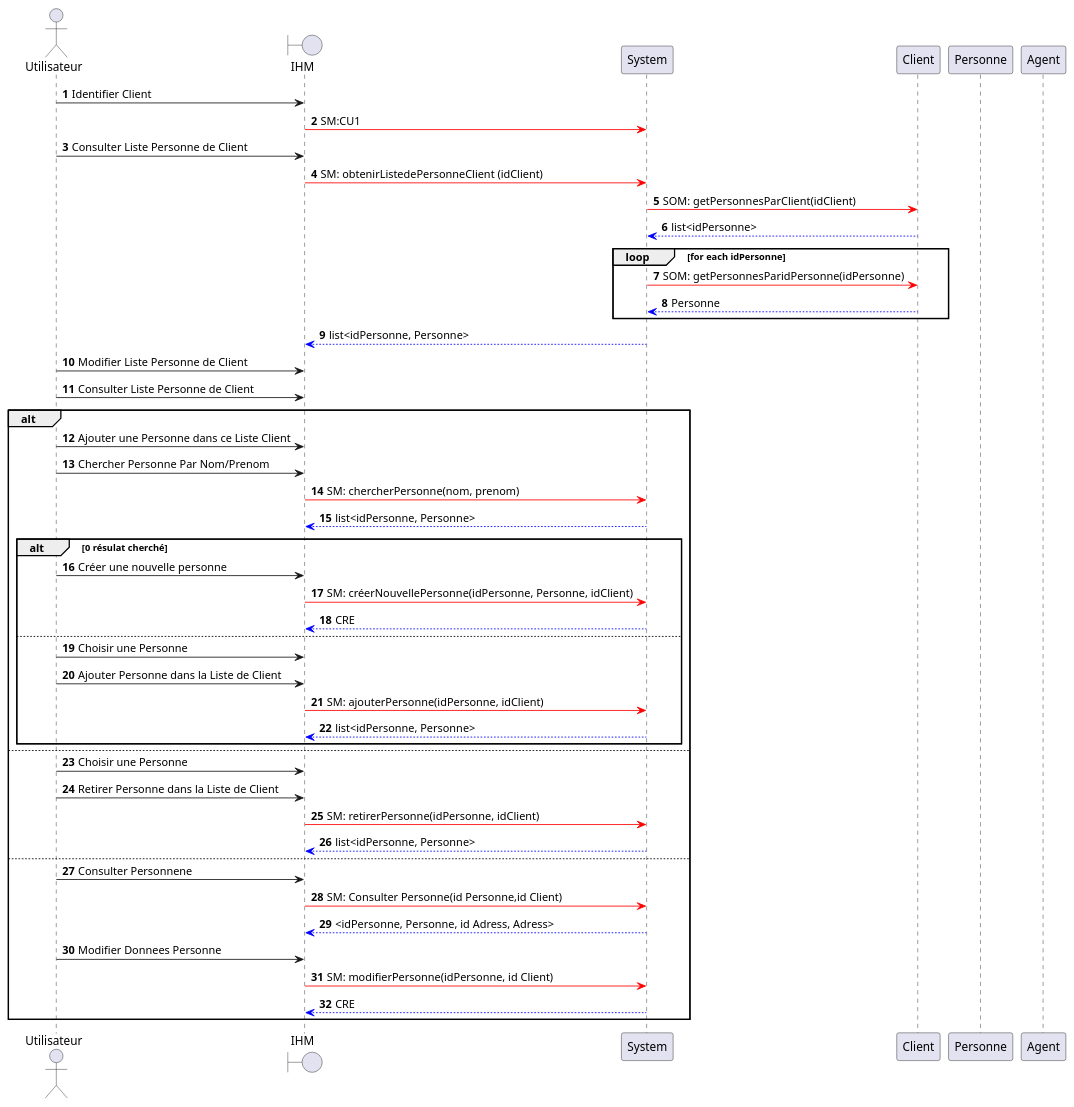
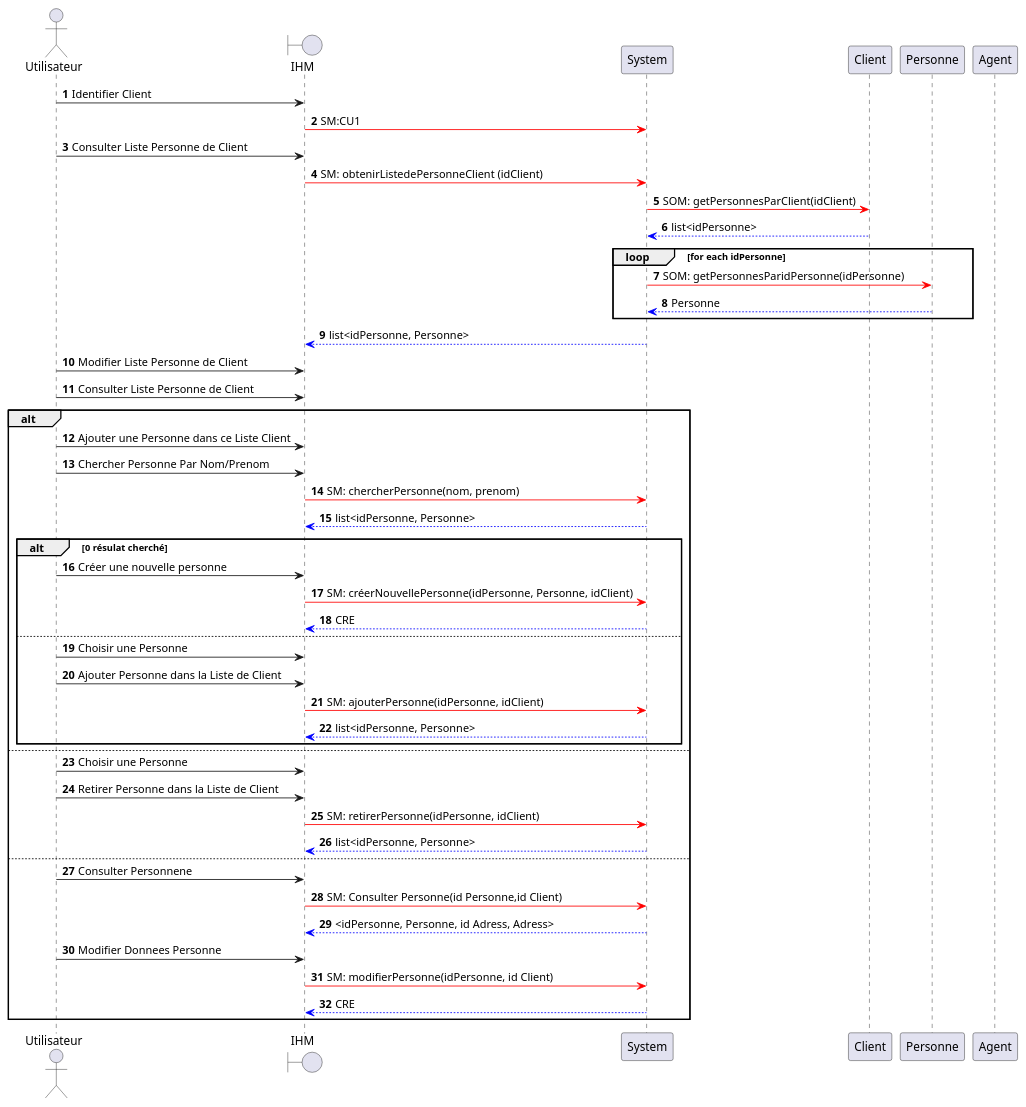
Before and after one commit to HZjiadong/PLD-MARS: the diagram in src/documentation/CU2-DSS.puml, drawn with PlantUML.

Commit message:
doc(CU2-DSS): Exemple DSD

```diff
--- a/src/documentation/CU2-DSS.puml
+++ b/src/documentation/CU2-DSS.puml
@@ -1,65 +1,65 @@
 @startuml
 
 actor Utilisateur as U
 boundary IHM as I
 participant System as S
 participant Client as C
 participant Personne as P
 participant Agent as A
 
 autonumber
 
 U->I: Identifier Client
     I-[#red]>S: SM:CU1
 
 U->I: Consulter Liste Personne de Client
     I-[#red]>S: SM: obtenirListedePersonneClient (idClient)
         S-[#red]>C: SOM: getPersonnesParClient(idClient)
         C-[#0000FF]->S: list<idPersonne>
         loop for each idPersonne
-        S-[#red]>C: SOM: getPersonnesParidPersonne(idPersonne)
-        C-[#0000FF]->S: Personne
+        S-[#red]>P: SOM: getPersonnesParidPersonne(idPersonne)
+        P-[#0000FF]->S: Personne
         end
 
     S-[#0000FF]->I: list<idPersonne, Personne>
 
 
 U->I: Modifier Liste Personne de Client
 U->I: Consulter Liste Personne de Client
 alt
     U->I: Ajouter une Personne dans ce Liste Client
 
     U->I: Chercher Personne Par Nom/Prenom
         I-[#red]>S: SM: chercherPersonne(nom, prenom)
         S-[#0000FF]->I: list<idPersonne, Personne>
     alt  0 résulat cherché
     U->I: Créer une nouvelle personne
             I-[#red]>S: SM: créerNouvellePersonne(idPersonne, Personne, idClient)
             S-[#0000FF]->I: CRE
     else
     U->I: Choisir une Personne
 
     U->I: Ajouter Personne dans la Liste de Client
         I-[#red]>S: SM: ajouterPersonne(idPersonne, idClient)
         S-[#0000FF]->I: list<idPersonne, Personne>
     end
 else
     U->I: Choisir une Personne
     U->I: Retirer Personne dans la Liste de Client
         I-[#red]>S: SM: retirerPersonne(idPersonne, idClient)
         S-[#0000FF]->I: list<idPersonne, Personne>
 else
     U->I: Consulter Personnene
         I-[#red]>S: SM: Consulter Personne(id Personne,id Client)
         S-[#0000FF]->I: <idPersonne, Personne, id Adress, Adress>
     U->I: Modifier Donnees Personne
         I-[#red]>S: SM: modifierPersonne(idPersonne, id Client)
         S-[#0000FF]->I: CRE
 end
 
 
 
 
 
 
 @enduml
```
